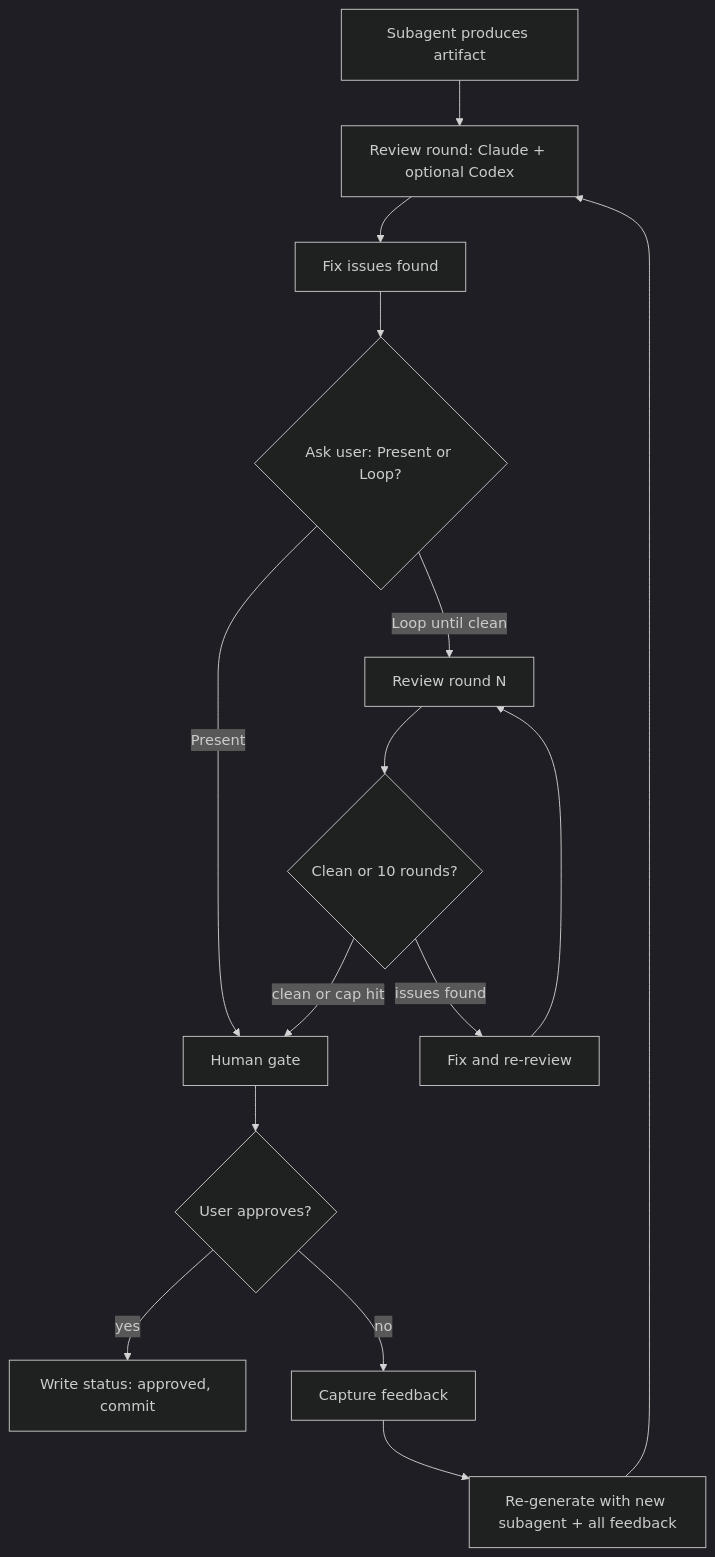
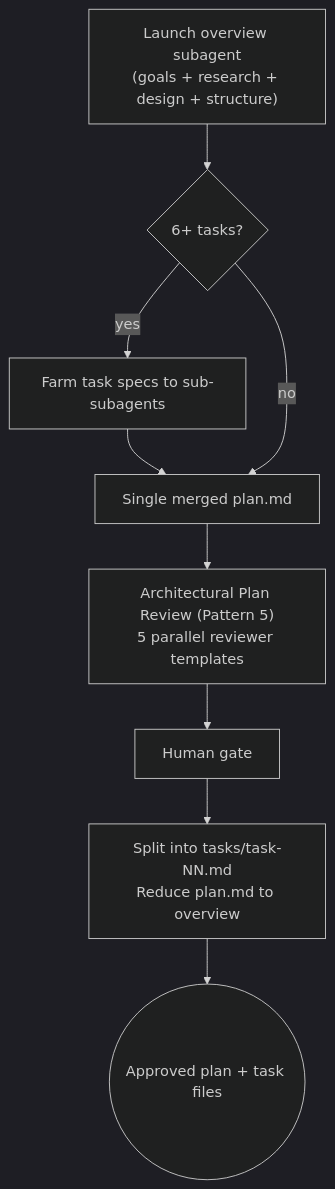
Before and after one commit to dfrysinger/qrspi-plus: the ninth of 21 diagrams in README.md, drawn with Mermaid (dark theme). The commit also changed other lines of this file, not shown here.

First line of the commit message:
docs: update README with Hardening features and unique Mermaid diagrams

````diff
--- a/README.md
+++ b/README.md
@@ -232,17 +193,11 @@
 ```mermaid
 flowchart TD
-    A[Subagent produces artifact] --> B[Review round: Claude + optional Codex]
-    B --> C[Fix issues found]
-    C --> D{Ask user: Present or Loop?}
-    D -->|Present| E[Human gate]
-    D -->|Loop until clean| F[Review round N]
-    F --> G{Clean or 10 rounds?}
-    G -->|clean or cap hit| E
-    G -->|issues found| H[Fix and re-review]
-    H --> F
-    E --> I{User approves?}
-    I -->|yes| J[Write status: approved, commit]
-    I -->|no| K[Capture feedback]
-    K --> L[Re-generate with new subagent + all feedback]
-    L --> B
+    A["Launch overview subagent\n(goals + research + design + structure)"] --> B{6+ tasks?}
+    B -->|yes| C[Farm task specs to sub-subagents]
+    C --> D[Merge into single plan.md]
+    B -->|no| D[Single merged plan.md]
+    D --> E["Architectural Plan Review (Pattern 5)\n5 parallel reviewer templates"]
+    E --> F[Human gate]
+    F --> G["Split into tasks/task-NN.md\nReduce plan.md to overview"]
+    G --> H((Approved plan + task files))
 ```
````
